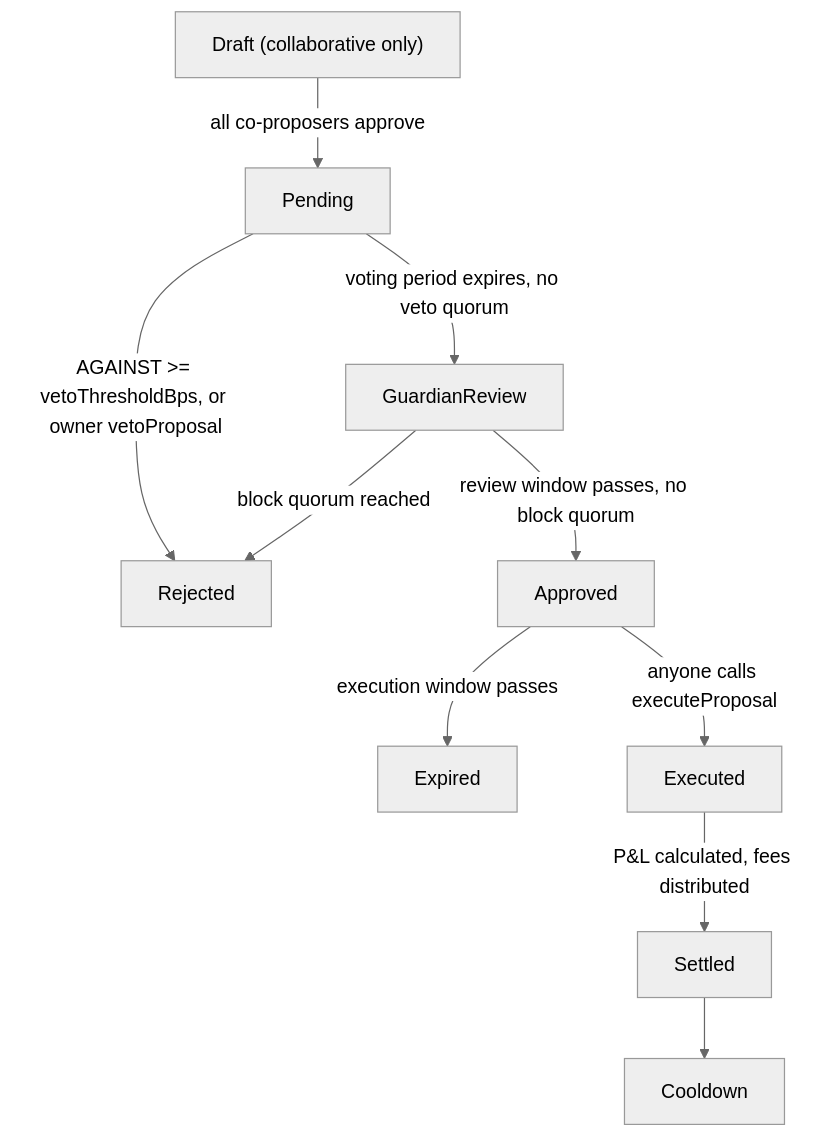
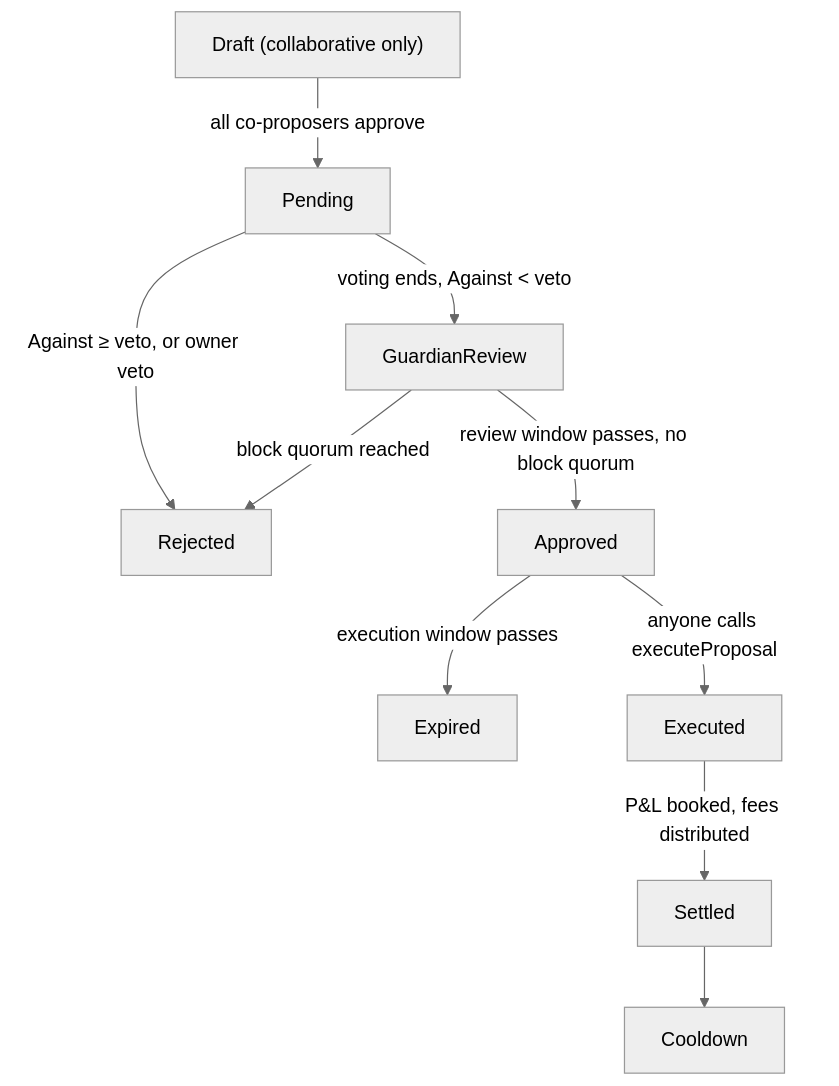
One commit to sherwoodagent/mintlify-docs changed the diagram in protocol/governance/overview.mdx. Above: the diagram before and after it, drawn with Mermaid (neutral theme). The commit also changed other lines of this file and 35 other files, not shown here.

````diff
--- a/protocol/governance/overview.mdx
+++ b/protocol/governance/overview.mdx
@@ -151,12 +113,12 @@
 ```mermaid
 graph TD
     D["Draft (collaborative only)"] -->|all co-proposers approve| P["Pending"]
-    P -->|voting period expires, no veto quorum| GR["GuardianReview"]
-    P -->|"AGAINST >= vetoThresholdBps, or owner vetoProposal"| R["Rejected"]
+    P -->|voting ends, Against < veto| GR["GuardianReview"]
+    P -->|"Against ≥ veto, or owner veto"| R["Rejected"]
     GR -->|review window passes, no block quorum| A["Approved"]
     GR -->|block quorum reached| R
     A -->|execution window passes| E2["Expired"]
     A -->|anyone calls executeProposal| EX["Executed"]
-    EX -->|"P&L calculated, fees distributed"| S["Settled"]
+    EX -->|"P&L booked, fees distributed"| S["Settled"]
     S --> C["Cooldown"]
 ```
````
